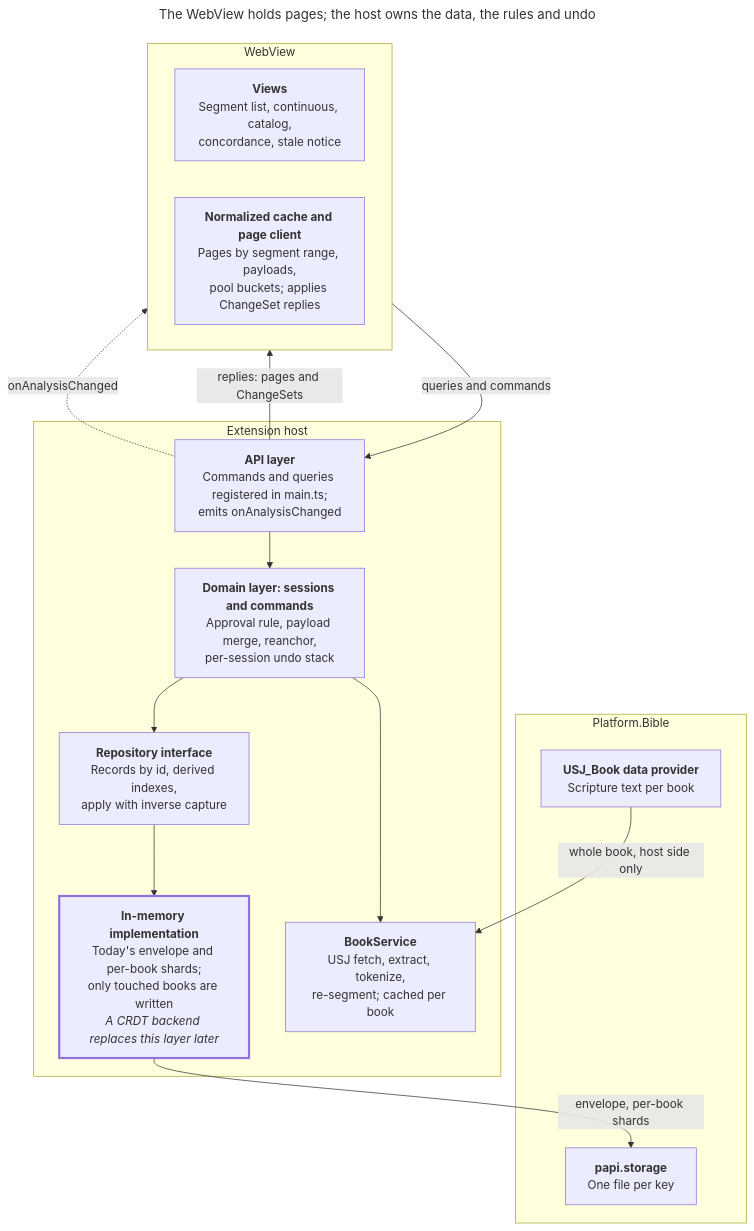
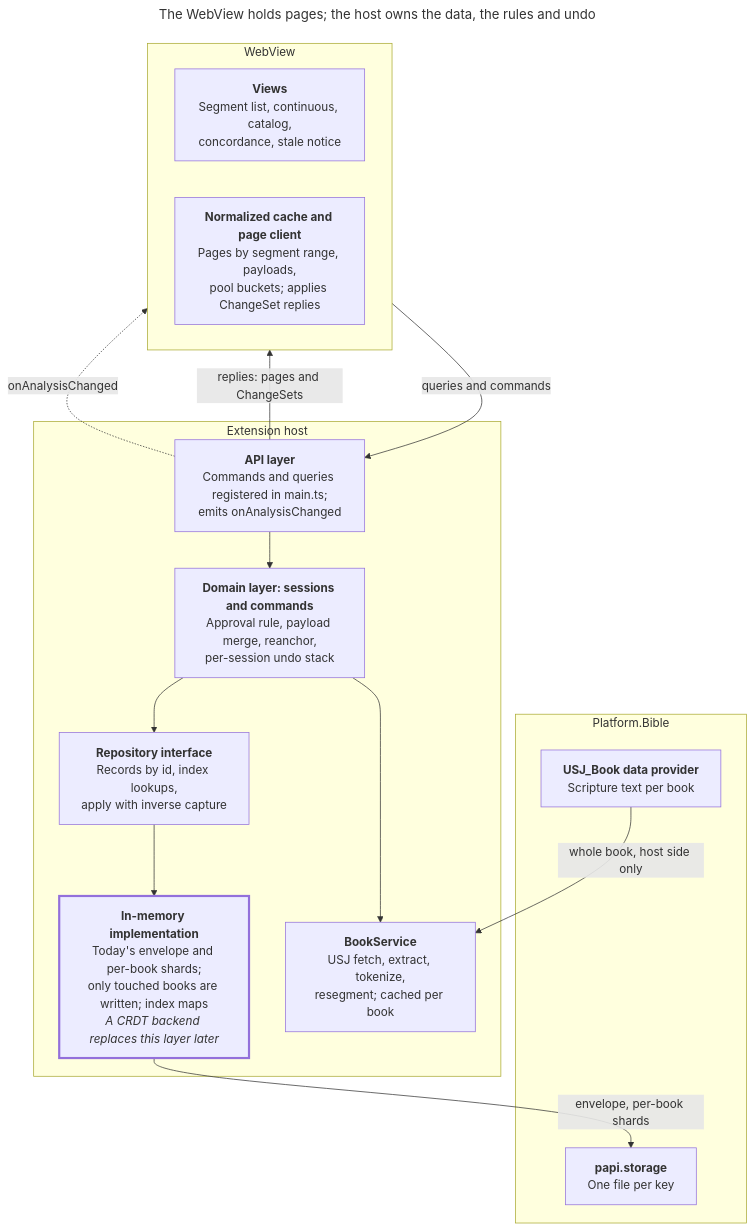
One commit to sillsdev/interlinearizer-extension changed the first of 2 diagrams in docs/data-layer-plan/plan.md. Above: the diagram before and after it, drawn with Mermaid. The commit also changed other lines of this file and 1 other file, not shown here.

First line of the commit message:
Resolve the data layer plan's cross-reference mismatches

````diff
--- a/docs/data-layer-plan/plan.md
+++ b/docs/data-layer-plan/plan.md
@@ -33,30 +33,30 @@
 ```mermaid
 ---
 title: The WebView holds pages; the host owns the data, the rules and undo
 ---
 flowchart TB
   subgraph WV["WebView"]
     views["<b>Views</b><br/>Segment list, continuous, catalog,<br/>concordance, stale notice"]
     cache["<b>Normalized cache and page client</b><br/>Pages by segment range, payloads,<br/>pool buckets; applies ChangeSet replies"]
   end
   subgraph EH["Extension host"]
     api["<b>API layer</b><br/>Commands and queries registered in main.ts;<br/>emits onAnalysisChanged"]
     domain["<b>Domain layer: sessions and commands</b><br/>Approval rule, payload merge, reanchor,<br/>per-session undo stack"]
-    repo["<b>Repository interface</b><br/>Records by id, derived indexes,<br/>apply with inverse capture"]
-    mem["<b>In-memory implementation</b><br/>Today's envelope and per-book shards;<br/>only touched books are written<br/><i>A CRDT backend replaces this layer later</i>"]
-    book["<b>BookService</b><br/>USJ fetch, extract, tokenize,<br/>re-segment; cached per book"]
+    repo["<b>Repository interface</b><br/>Records by id, index lookups,<br/>apply with inverse capture"]
+    mem["<b>In-memory implementation</b><br/>Today's envelope and per-book shards;<br/>only touched books are written; index maps<br/><i>A CRDT backend replaces this layer later</i>"]
+    book["<b>BookService</b><br/>USJ fetch, extract, tokenize,<br/>resegment; cached per book"]
   end
   subgraph PB["Platform.Bible"]
     storage["<b>papi.storage</b><br/>One file per key"]
     usj["<b>USJ_Book data provider</b><br/>Scripture text per book"]
   end
   WV -- "queries and commands" --> api
   api -- "replies: pages and ChangeSets" --> WV
   api -. "onAnalysisChanged" .-> WV
   api --> domain --> repo --> mem
   domain --> book
   mem -- "envelope, per-book shards" --> storage
   usj -- "whole book, host side only" --> book
   classDef replaceable stroke-width:3px
   class mem replaceable
 ```
````
